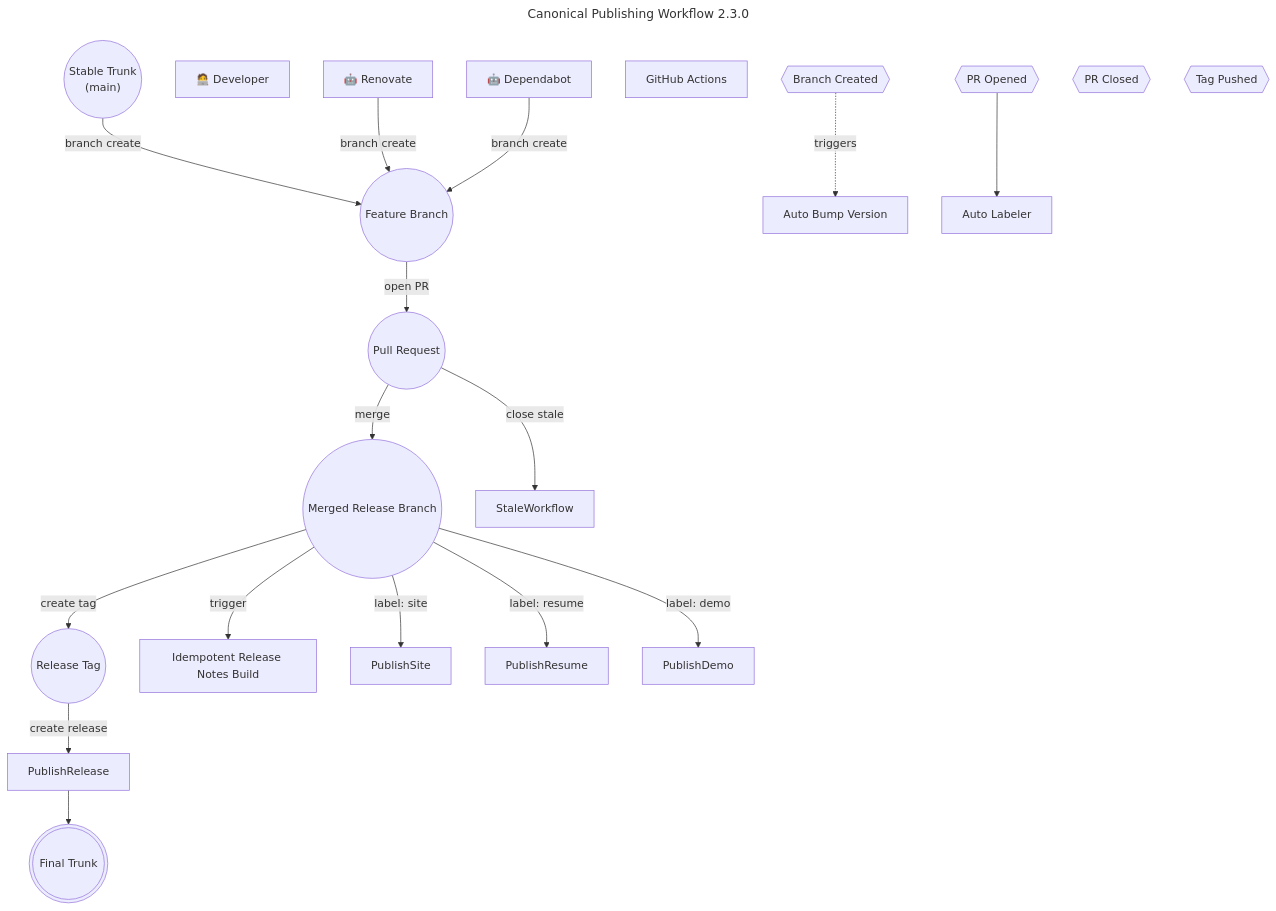
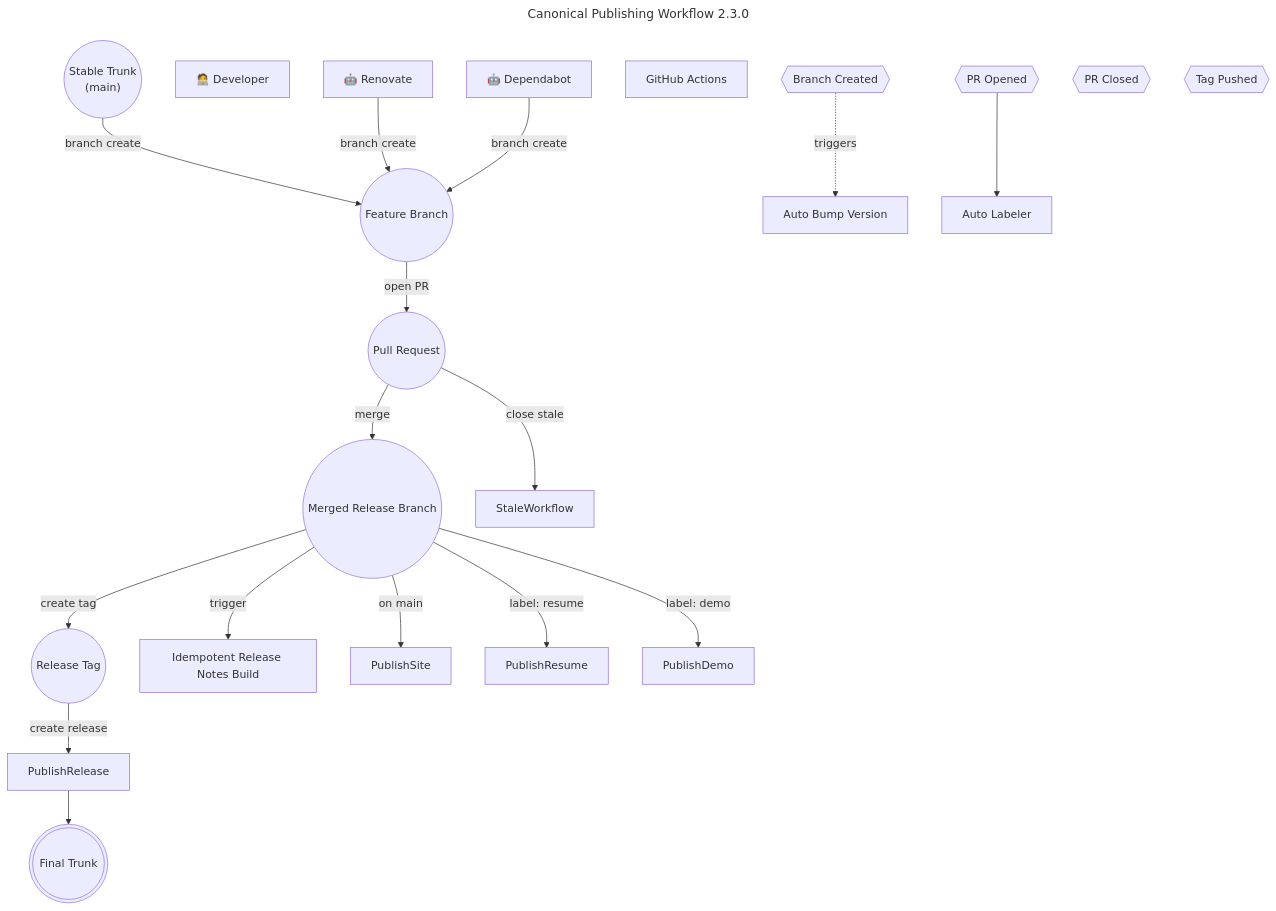
The first of 2 diagrams in SECURITY.md (Mimis-Gildi/riddle-me-this), drawn with Mermaid before and after one commit. The commit also changed 2 other files, not shown here.

Commit message:
Working on Labeler which is needed for release selectors.

````diff
--- a/SECURITY.md
+++ b/SECURITY.md
@@ -67,62 +67,62 @@
 ```mermaid
 ---
 title: Canonical Publishing Workflow 2.3.0
 config:
   curve: linear
   layout: dagre
 ---
 
 flowchart TD
 
 %% STATES
   StableTrunk(("`Stable Trunk
                 (main)`"))
   FeatureBranch(("Feature Branch"))
   PullRequest(("Pull Request"))
   ReleaseBranch(("Merged Release Branch"))
   FinalTrunk((("Final Trunk")))
   ReleaseTag(("Release Tag"))
 
 %% ACTORS
   User["🧑‍💻 Developer"]
   Renovate["🤖 Renovate"]
   Dependabot["🤖 Dependabot"]
   System["GitHub Actions"]
 
 %% EVENTS
   BranchCreated{{Branch Created}}
   PullRequestOpened{{PR Opened}}
   PullRequestClosed{{PR Closed}}
   TagPushed{{Tag Pushed}}
 
 %% FLOWS
   StableTrunk -->|branch create| FeatureBranch
   Renovate -->|branch create| FeatureBranch
   Dependabot -->|branch create| FeatureBranch
 
   FeatureBranch -->|open PR| PullRequest
   PullRequest -->|merge| ReleaseBranch
   ReleaseBranch -->|create tag| ReleaseTag
 
 %% Versioning on Branch Create
   BranchCreated -. triggers .-> Versioning[Auto Bump Version]
 
 %% Release Notes
   ReleaseBranch -->|trigger| ReleaseNotes[Idempotent Release Notes Build]
 
 %% PR Labeler
   PullRequestOpened --> Labeler[Auto Labeler]
 
 %% Conditional Publish Flows
-  ReleaseBranch -->|label: site| PublishSite
+  ReleaseBranch -->|on main| PublishSite
   ReleaseBranch -->|label: resume| PublishResume
   ReleaseBranch -->|label: demo| PublishDemo
 
 %% Tag pushed on release
   ReleaseTag -->|create release| PublishRelease
   PublishRelease --> FinalTrunk
 
 %% Housekeeping
   PullRequest -->|close stale| StaleWorkflow
 
 ```
````
